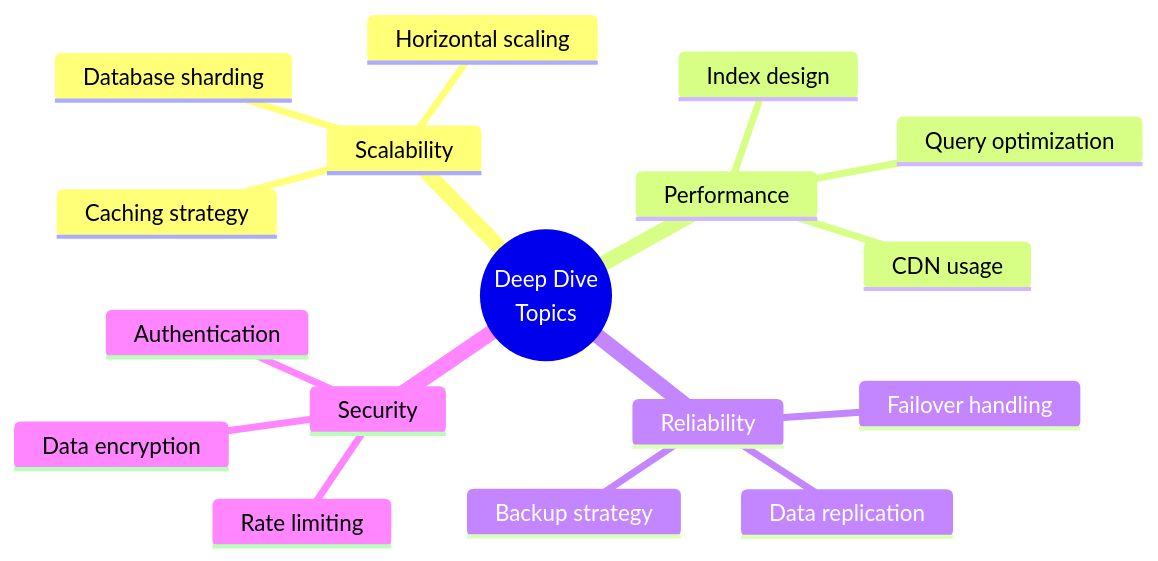
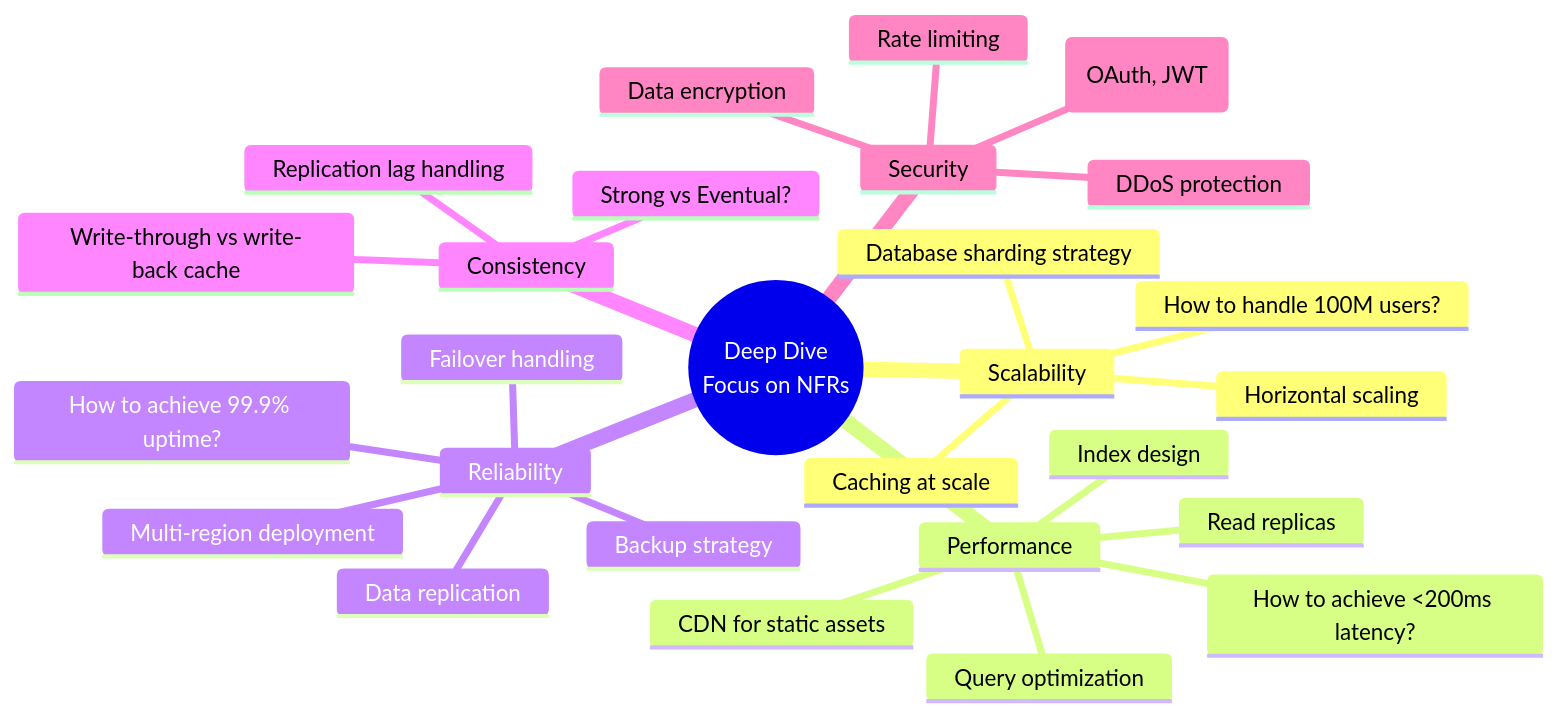
One commit to hawaijar/System-Design-Journey changed diagram 16 of 30 in docs/daily/2024-10-24.md. Above: the diagram before and after it, drawn with Mermaid. The commit also changed other lines of this file, not shown here.

````diff
--- a/docs/daily/2024-10-24.md
+++ b/docs/daily/2024-10-24.md
@@ -278,20 +437,30 @@
 ```mermaid
 mindmap
-  root((Deep Dive<br/>Topics))
+  root((Deep Dive<br/>Focus on NFRs))
     Scalability
+      How to handle 100M users?
+      Database sharding strategy
+      Caching at scale
       Horizontal scaling
-      Database sharding
-      Caching strategy
     Performance
+      How to achieve <200ms latency?
       Query optimization
       Index design
-      CDN usage
+      CDN for static assets
+      Read replicas
     Reliability
+      How to achieve 99.9% uptime?
       Failover handling
       Data replication
+      Multi-region deployment
       Backup strategy
+    Consistency
+      Strong vs Eventual?
+      Write-through vs write-back cache
+      Replication lag handling
     Security
-      Authentication
+      Authentication (OAuth, JWT)
       Rate limiting
       Data encryption
+      DDoS protection
 ```
````
